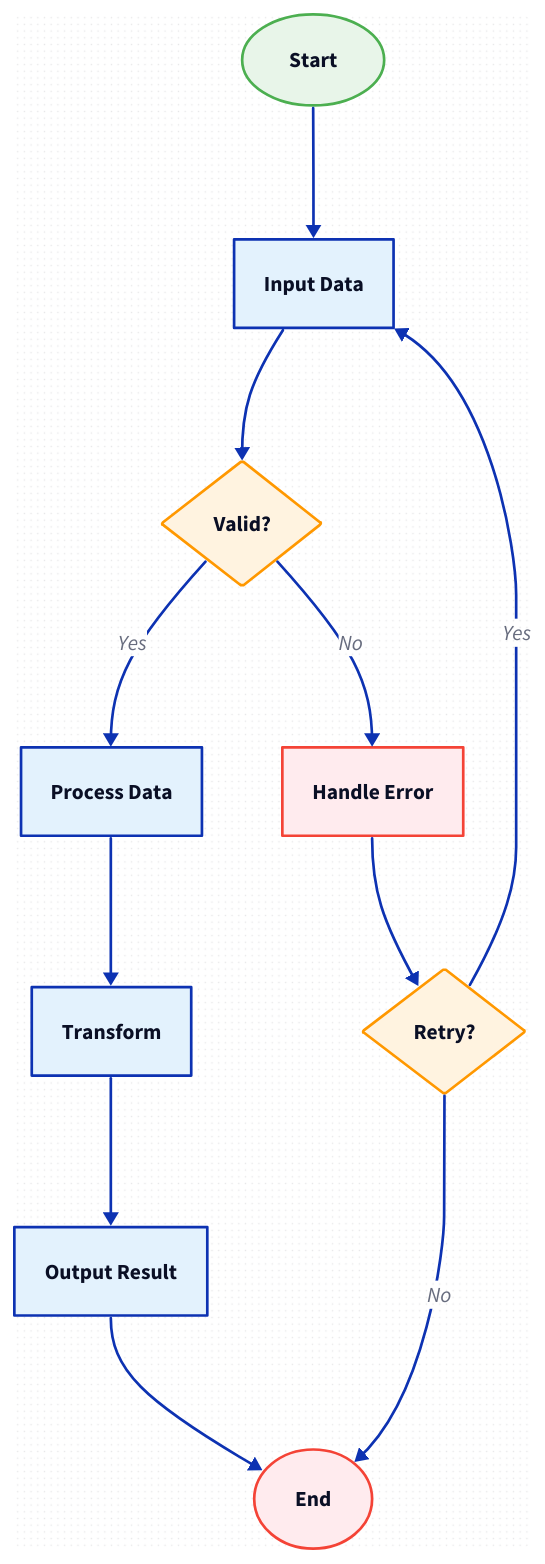
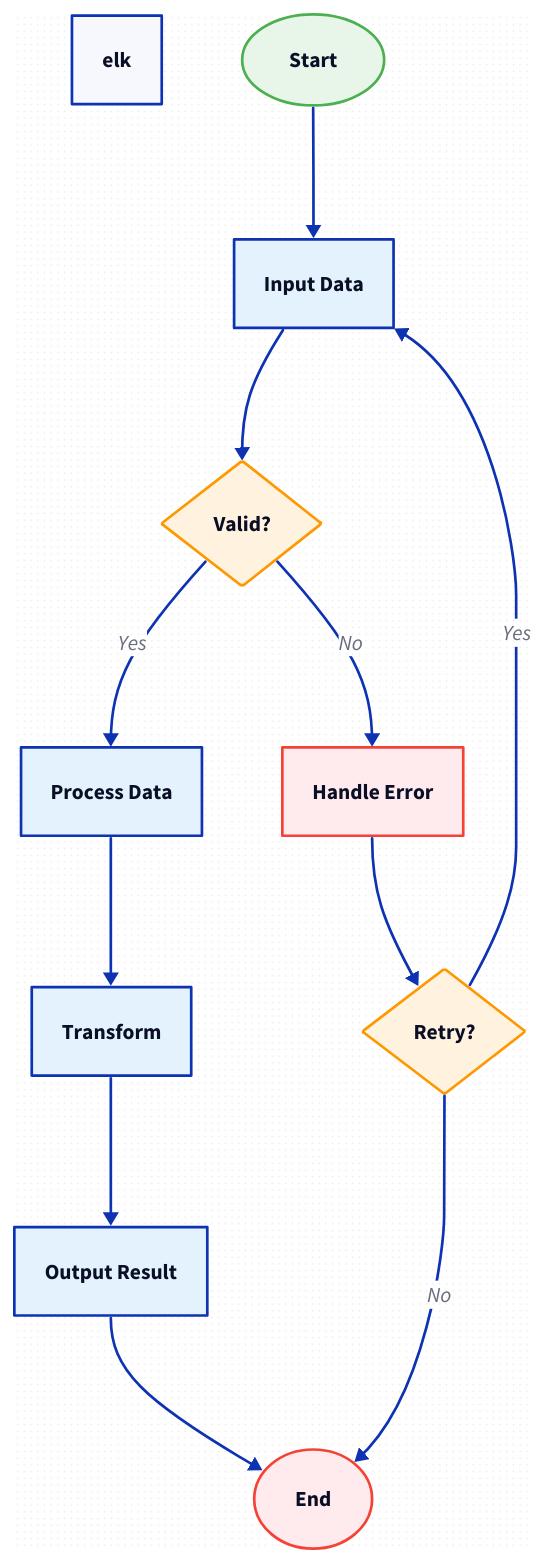
The diagram in skills/han-d2-diagram/assets/templates/flowchart.d2 (ruleizhou/han-skills), drawn with D2 before and after one commit. The commit also changed 15 other files, not shown here.

First line of the commit message:
feat: han-d2-diagram 连线统一为正交折线，收口单引擎 ELK

```diff
--- a/skills/han-d2-diagram/assets/templates/flowchart.d2
+++ b/skills/han-d2-diagram/assets/templates/flowchart.d2
@@ -1,73 +1,74 @@
 # Flowchart Template
-# Usage: d2 --sketch flowchart.d2 output.png
+# Usage: d2 --theme=300 -l elk --sketch flowchart.d2 output.png
 
+layout: elk
 direction: down
 
 style: {
   fill-pattern: dots
   stroke-dash: 3
   border-radius: 10
 }
 
 # Start/End nodes (oval shape)
 start: Start {
   shape: oval
   style.fill: "#E8F5E9"
   style.stroke: "#4CAF50"
 }
 
 end: End {
   shape: oval
   style.fill: "#FFEBEE"
   style.stroke: "#F44336"
 }
 
 # Process nodes (rectangle)
 input: Input Data {
   style.fill: "#E3F2FD"
 }
 
 process: Process Data {
   style.fill: "#E3F2FD"
 }
 
 transform: Transform {
   style.fill: "#E3F2FD"
 }
 
 output: Output Result {
   style.fill: "#E3F2FD"
 }
 
 # Decision nodes (diamond shape)
 valid: Valid? {
   shape: diamond
   style.fill: "#FFF3E0"
   style.stroke: "#FF9800"
 }
 
 error: Handle Error {
   style.fill: "#FFEBEE"
   style.stroke: "#F44336"
 }
 
 retry: Retry? {
   shape: diamond
   style.fill: "#FFF3E0"
   style.stroke: "#FF9800"
 }
 
 # Connections
 start -> input
 input -> valid
 
 valid -> process: Yes
 valid -> error: No
 
 process -> transform
 transform -> output
 output -> end
 
 error -> retry
 retry -> input: Yes
 retry -> end: No
```
